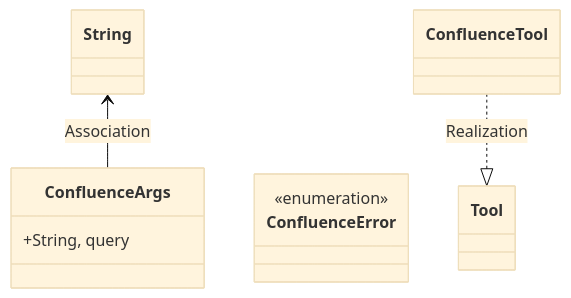
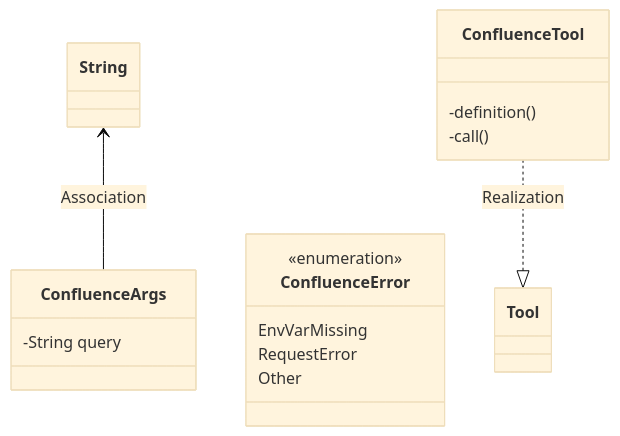
The first of 2 diagrams in openwiki/modules/src/infrastructure/tools/confluence.md (lgcorzo/fastapi-autogen-team), drawn with Mermaid (base theme) before and after one commit. The commit also changed other lines of this file and 33 other files, not shown here.

Commit message:
Fix PlantUML syntax, missing diagrams, and link formatting in doc generator

````diff
--- a/openwiki/modules/src/infrastructure/tools/confluence.md
+++ b/openwiki/modules/src/infrastructure/tools/confluence.md
@@ -29,12 +29,19 @@
 ```mermaid
 classDiagram
     direction BT
     class ConfluenceArgs {
-        +String, query
+        -String query
     }
     class ConfluenceError {
         <<enumeration>>
+        EnvVarMissing
+        RequestError
+        Other
+    }
+    class ConfluenceTool {
+        -definition()
+        -call()
     }
     ConfluenceArgs --> String : Association
     Tool <|.. ConfluenceTool : Realization
 ```
````
